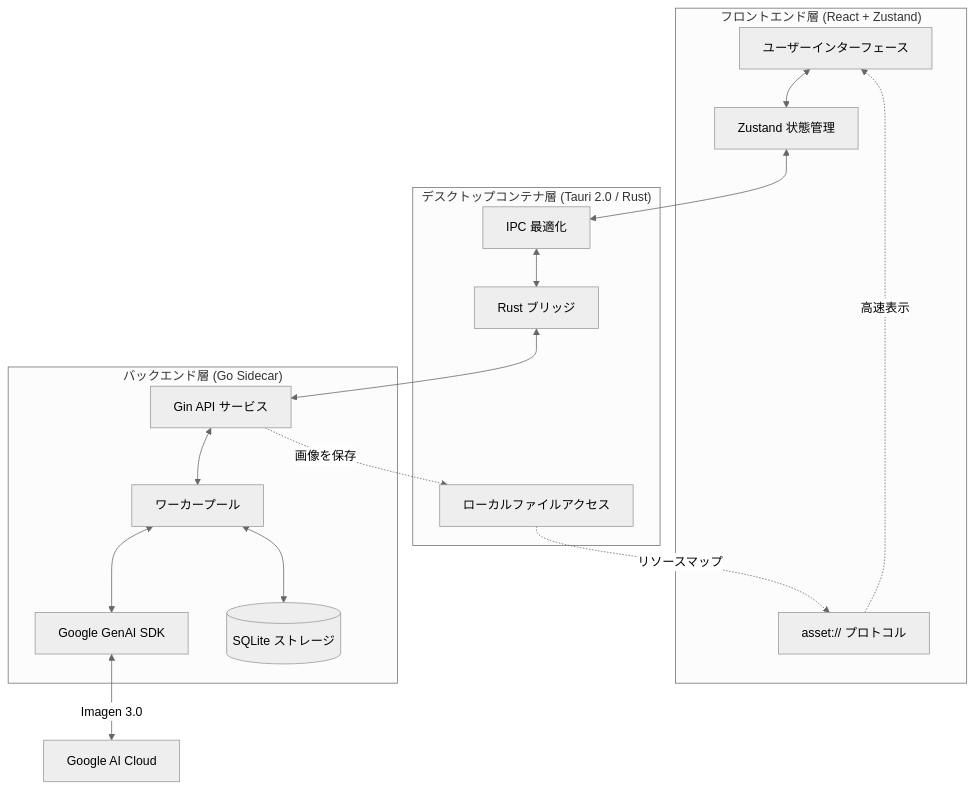
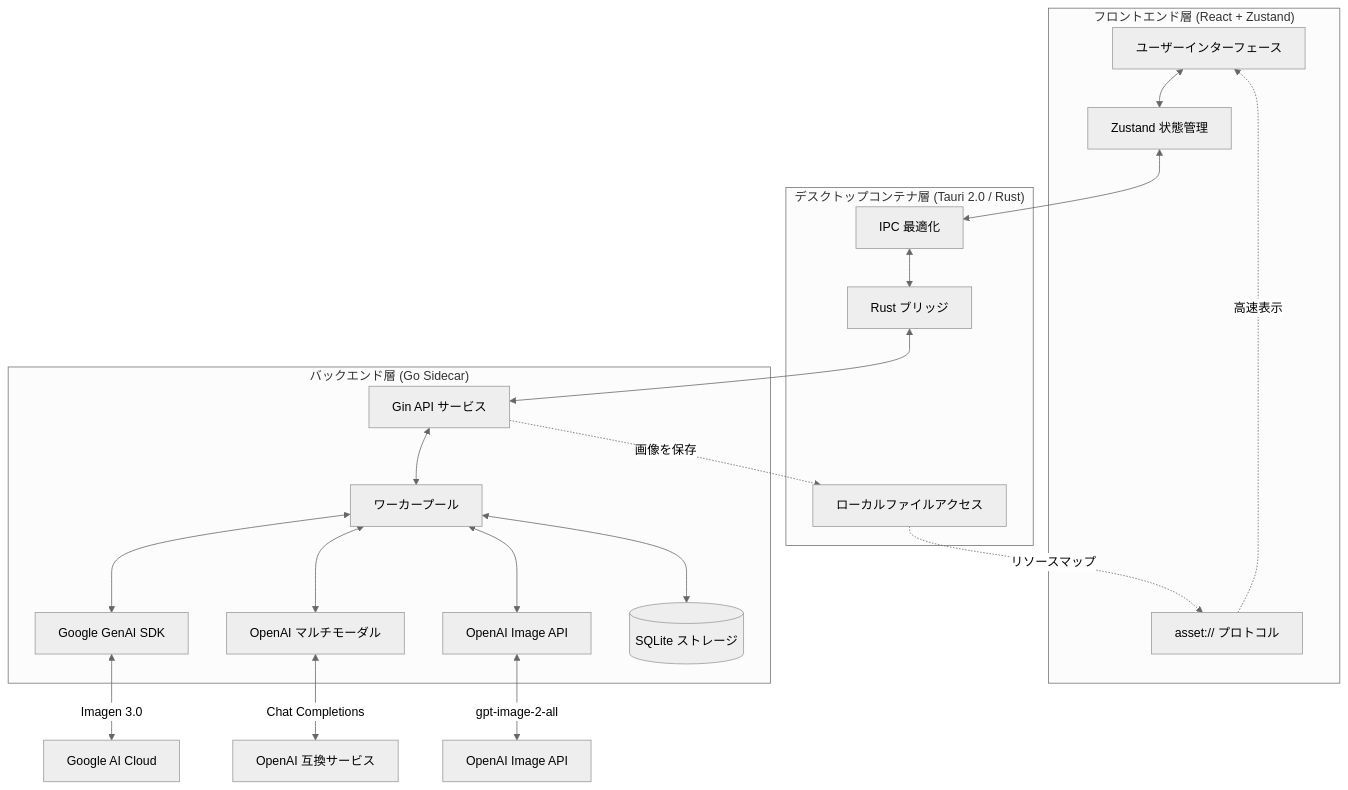
Before and after one commit to ShellMonster/Nano_Banana_Pro_Web: the diagram in README_JP.md, drawn with Mermaid (neutral theme). The commit also changed other lines of this file and 14 other files, not shown here.

First line of the commit message:
feat: v2.8.0 - migrate to gpt-image-2-all, add CLAUDE.md, update docs

````diff
--- a/README_JP.md
+++ b/README_JP.md
@@ -170,33 +172,39 @@
 ```mermaid
 graph TD
     subgraph "フロントエンド層 (React + Zustand)"
         UI[ユーザーインターフェース]
         State[Zustand 状態管理]
         AssetProtocol[asset:// プロトコル]
     end
 
     subgraph "デスクトップコンテナ層 (Tauri 2.0 / Rust)"
         TauriBridge[Rust ブリッジ]
         IPC[IPC 最適化]
         FS[ローカルファイルアクセス]
     end
 
     subgraph "バックエンド層 (Go Sidecar)"
         GoServer[Gin API サービス]
         WorkerPool[ワーカープール]
         GeminiSDK[Google GenAI SDK]
+        OpenAISDK[OpenAI マルチモーダル]
+        OpenAIImage[OpenAI Image API]
         SQLite[(SQLite ストレージ)]
     end
 
     UI <--> State
     State <--> IPC
     IPC <--> TauriBridge
     TauriBridge <--> GoServer
     GoServer <--> WorkerPool
     WorkerPool <--> GeminiSDK
+    WorkerPool <--> OpenAISDK
+    WorkerPool <--> OpenAIImage
     WorkerPool <--> SQLite
     GeminiSDK <--> |Imagen 3.0| Cloud[Google AI Cloud]
+    OpenAISDK <--> |Chat Completions| CloudAI[OpenAI 互換サービス]
+    OpenAIImage <--> |gpt-image-2-all| CloudImg[OpenAI Image API]
     GoServer -.-> |画像を保存| FS
     FS -.-> |リソースマップ| AssetProtocol
     AssetProtocol -.-> |高速表示| UI
 ```
````
